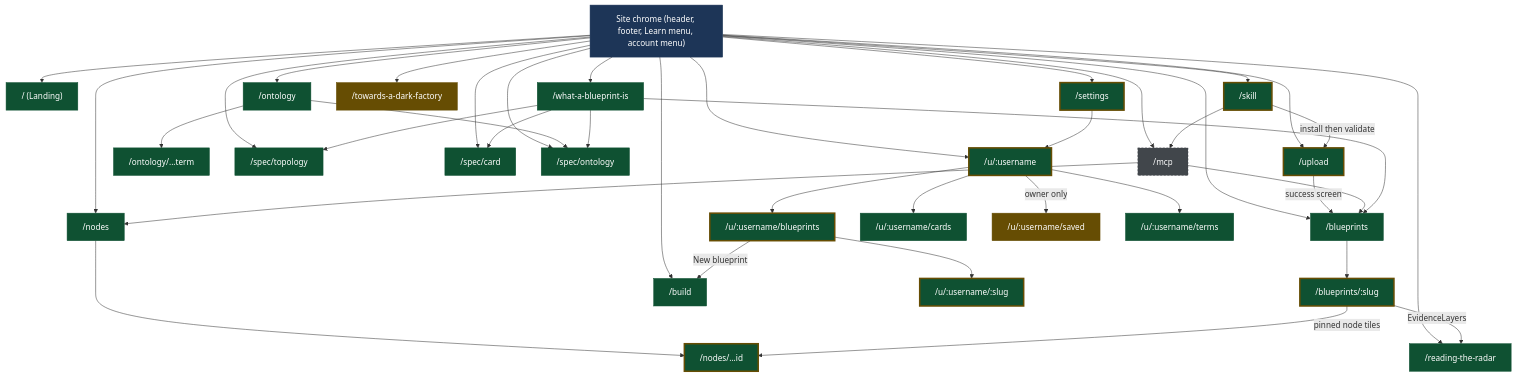
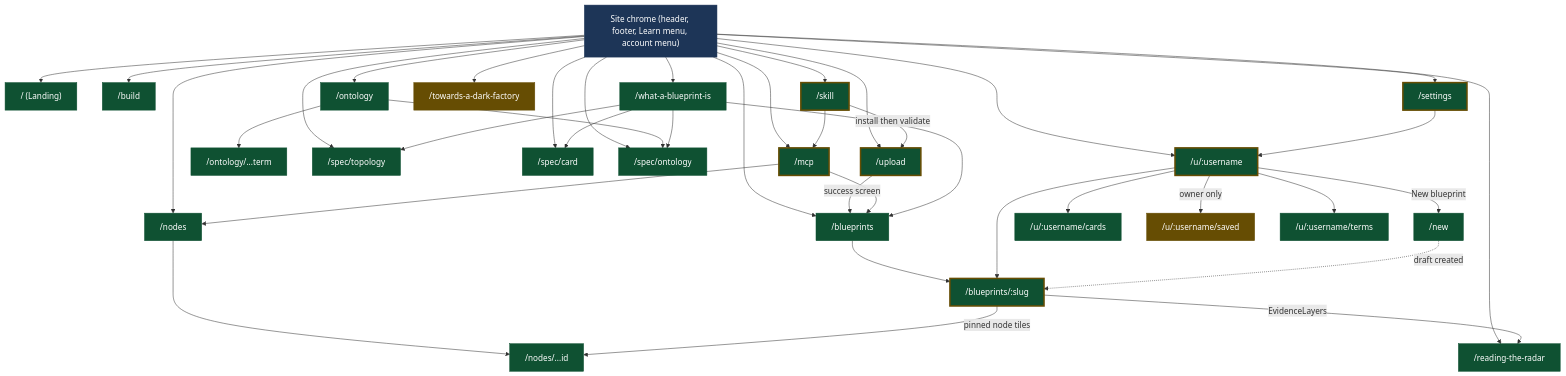
The diagram in docs/architecture/routes.md (darkprint/darkprint), drawn with Mermaid before and after one commit. The commit also changed other lines of this file and 131 other files, not shown here.

````diff
--- a/docs/architecture/routes.md
+++ b/docs/architecture/routes.md
@@ -234,6 +293,7 @@
   blueprintSlug["/blueprints/:slug"]
   build["/build"]
   mcp["/mcp"]
+  newBundle["/new"]
   nodes["/nodes"]
   nodeId["/nodes/...id"]
   ontology["/ontology"]
@@ -246,8 +306,6 @@
   specOntology["/spec/ontology"]
   darkFactory["/towards-a-dark-factory"]
   profile["/u/:username"]
-  ownedBundle["/u/:username/:slug"]
-  profileBlueprints["/u/:username/blueprints"]
   profileCards["/u/:username/cards"]
   profileSaved["/u/:username/saved"]
   profileTerms["/u/:username/terms"]
@@ -288,16 +346,19 @@
   blueprintSlug -->|"pinned node tiles"| nodeId
   blueprintSlug -->|"EvidenceLayers"| radar
 
-  profile --> profileBlueprints
+  %% T280: Blueprints took the segmentless slot — profile's own shelf rows link straight
+  %% to blueprintSlug (blueprintHref), and /u/:username/blueprints (the tab's old address)
+  %% is a redirect nothing currently links to, so it is not drawn — the same treatment the
+  %% thirteen next.config.ts redirects already get in this graph.
+  profile --> blueprintSlug
+  profile -->|"New blueprint"| newBundle
   profile --> profileCards
   profile -->|"owner only"| profileSaved
   profile --> profileTerms
-  profileBlueprints --> ownedBundle
-  profileBlueprints -->|"New blueprint"| build
+  newBundle -.->|"draft created"| blueprintSlug
   settings --> profile
 
-  class home,blueprints,build,nodes,ontology,ontologyTerm,radar,whatIsBlueprint,specTopology,specCard,specOntology,profileCards,profileTerms live
+  class home,blueprints,build,nodes,nodeId,ontology,ontologyTerm,radar,whatIsBlueprint,specTopology,specCard,specOntology,profileCards,profileTerms,newBundle live
   class darkFactory,profileSaved mock
-  class mcp planned
-  class blueprintSlug,nodeId,settings,skill,profile,ownedBundle,profileBlueprints,upload mixed
+  class blueprintSlug,settings,skill,mcp,profile,upload mixed
 ```
````
